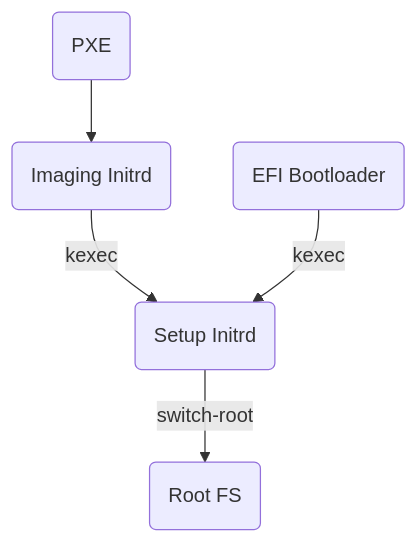
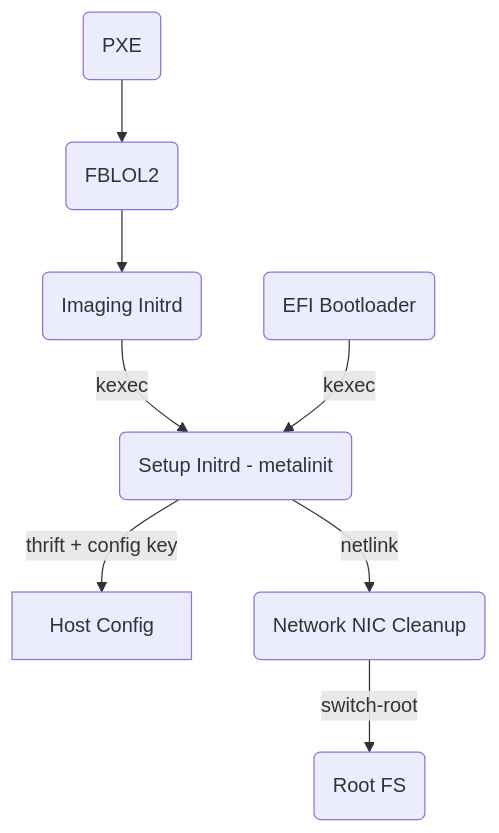
The diagram in antlir/website/docs/metalos/boot.md (facebookincubator/antlir), drawn with Mermaid before and after one commit. The commit also changed other lines of this file, not shown here.

Commit message:
Add more detail to boot docs
Summary:
- Increase verbosity about metalos boot in the internal Facebook metalos docs
  - Didn't see the docs @ https://facebookincubator.github.io/antlir/docs/
- Explain the steps that happen ever boot vs. imaging boot

I expect to have things wrong here, so please corrrect away. I feel had this all been documented it would have been easier for a n00bie to grok all the pieces to the actual code easier.

````diff
--- a/antlir/website/docs/metalos/boot.md
+++ b/antlir/website/docs/metalos/boot.md
@@ -46,13 +50,19 @@
 ```mermaid
 flowchart TD
     pxe(PXE)
+    fblol(FBLOL2)
     img(Imaging Initrd)
     disk(EFI Bootloader)
-    setup(Setup Initrd)
+    host_config[Host Config]
+    setup(Setup Initrd - metalinit)
+    network_cleanup(Network NIC Cleanup)
     rootfs(Root FS)
 
-    pxe-->img
+    pxe-->fblol
+    fblol-->img
     img-->|kexec|setup
     disk-->|kexec|setup
-    setup-->|switch-root|rootfs
+    setup-->|thrift + config key|host_config
+    setup-->|netlink|network_cleanup
+    network_cleanup-->|switch-root|rootfs
 ```
````
